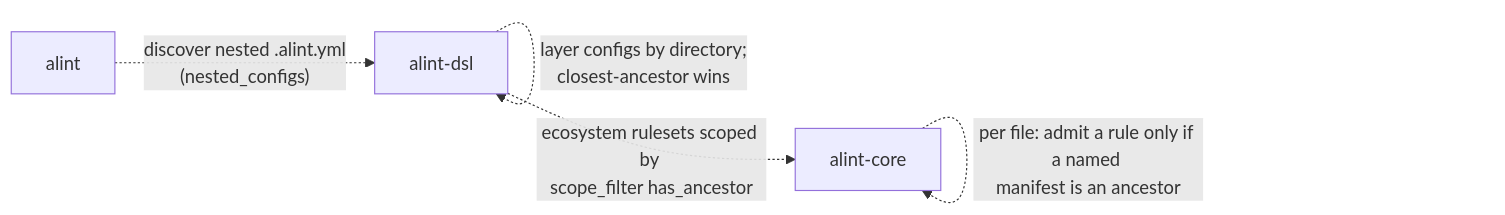
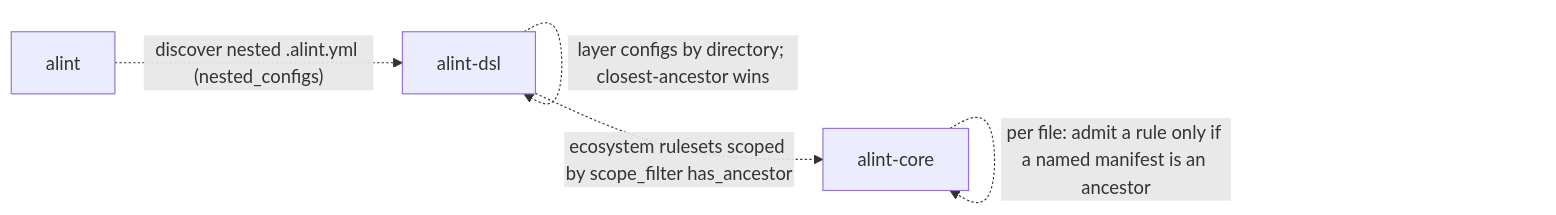
Diagram 15 of 27 in docs/design/architecture/DIAGRAMS.md (actions-marketplace-validations/asamarts_alint), drawn with Mermaid before and after one commit. The commit also changed other lines of this file and 19 other files, not shown here.

````diff
--- a/docs/design/architecture/DIAGRAMS.md
+++ b/docs/design/architecture/DIAGRAMS.md
@@ -358,14 +327,10 @@
 ```mermaid
 graph LR
   AlintCliAlintBin["alint"]
   AlintCliDsl["alint-dsl"]
   AlintCliCore["alint-core"]
-  AlintCliAlintBin -. "`discover nested .alint.yml 
-(nested_configs)`" .-> AlintCliDsl
-  AlintCliDsl -. "`layer configs by directory; 
-closest-ancestor wins`" .-> AlintCliDsl
-  AlintCliDsl -. "`ecosystem rulesets scoped by 
-scope_filter has_ancestor`" .-> AlintCliCore
-  AlintCliCore -. "`per file: admit a rule only if a named 
-manifest is an ancestor`" .-> AlintCliCore
+  AlintCliAlintBin -. "`discover nested .alint.yml (nested_configs)`" .-> AlintCliDsl
+  AlintCliDsl -. "`layer configs by directory; closest-ancestor wins`" .-> AlintCliDsl
+  AlintCliDsl -. "`ecosystem rulesets scoped by scope_filter has_ancestor`" .-> AlintCliCore
+  AlintCliCore -. "`per file: admit a rule only if a named manifest is an ancestor`" .-> AlintCliCore
 ```
````
